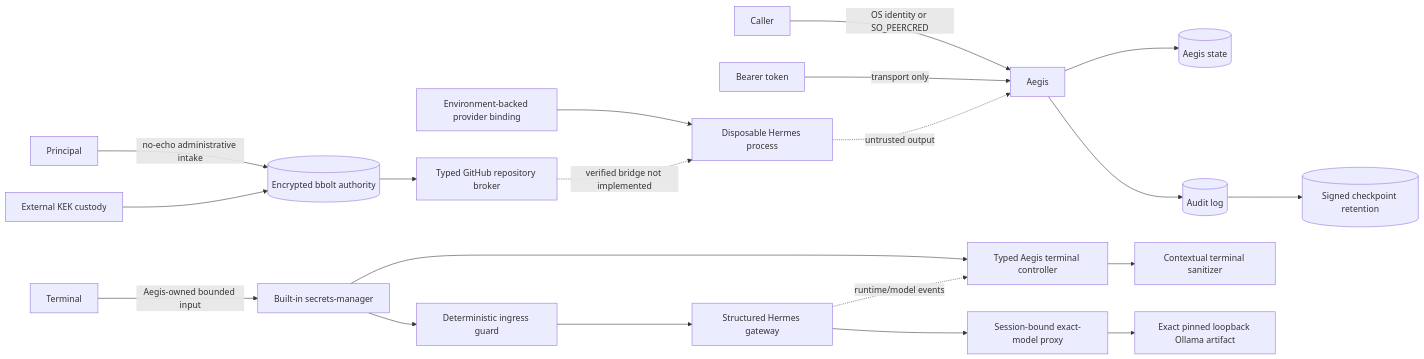
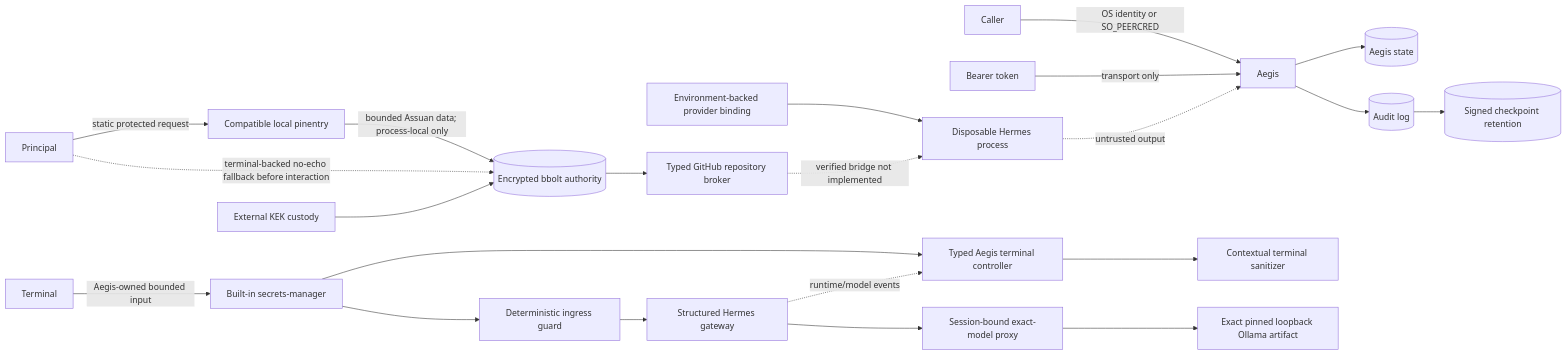
The diagram in docs/THREAT_MODEL.md (berryhill/aegis), drawn with Mermaid before and after one commit. The commit also changed other lines of this file and 23 other files, not shown here.

Commit message:
Add pinentry authority passphrases

````diff
--- a/docs/THREAT_MODEL.md
+++ b/docs/THREAT_MODEL.md
@@ -17,22 +17,24 @@
 ```mermaid
 flowchart LR
   Caller -->|OS identity or SO_PEERCRED| Aegis
   Token[Bearer token] -->|transport only| Aegis
   Aegis --> Store[(Aegis state)]
   Env[Environment-backed provider binding] --> Hermes[Disposable Hermes process]
-  Principal -->|no-echo administrative intake| Authority[(Encrypted bbolt authority)]
+  Principal -->|static protected request| Pinentry[Compatible local pinentry]
+  Pinentry -->|bounded Assuan data; process-local only| Authority[(Encrypted bbolt authority)]
+  Principal -. terminal-backed no-echo fallback before interaction .-> Authority
   KEK[External KEK custody] --> Authority
   Authority --> Broker[Typed GitHub repository broker]
   Broker -. verified bridge not implemented .-> Hermes
   Aegis --> Audit[(Audit log)]
   Audit --> Checkpoint[(Signed checkpoint retention)]
   Hermes -. untrusted output .-> Aegis
   Terminal -->|Aegis-owned bounded input| Manager[Built-in secrets-manager]
   Manager --> TUI[Typed Aegis terminal controller]
   Gateway -. runtime/model events .-> TUI
   TUI --> Sanitizer[Contextual terminal sanitizer]
   Manager --> Guard[Deterministic ingress guard]
   Guard --> Gateway[Structured Hermes gateway]
   Gateway --> Proxy[Session-bound exact-model proxy]
   Proxy --> Ollama[Exact pinned loopback Ollama artifact]
 ```
````
